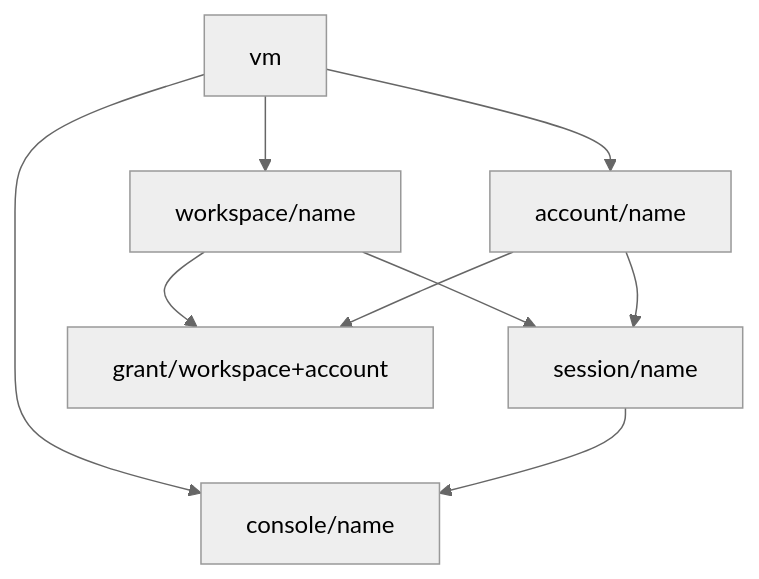
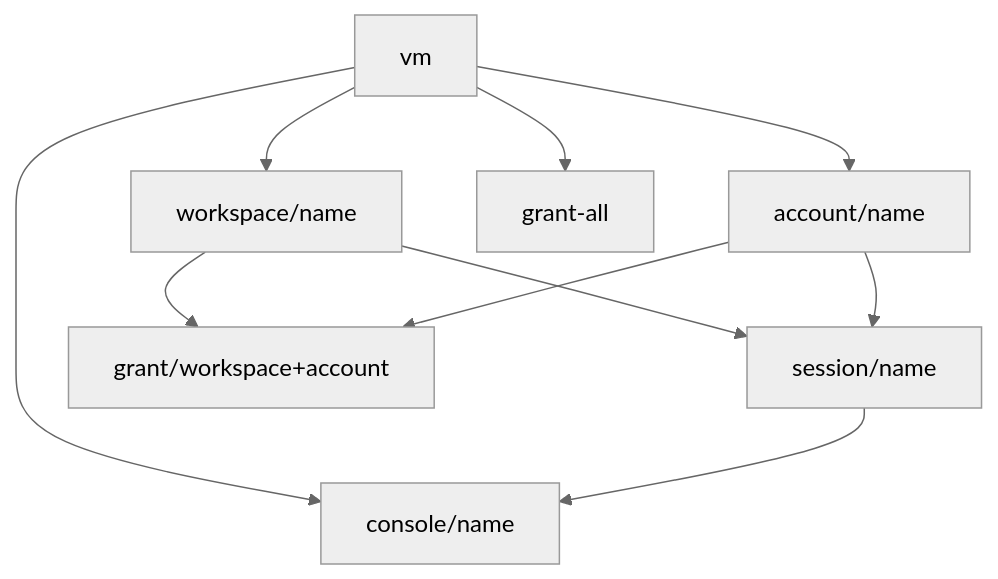
The diagram in docs/sdd/2026-11-22-native-lock-hierarchy/hla.md (WayfarerLabs/agentworks), drawn with Mermaid (neutral theme) before and after one commit. The commit also changed other lines of this file, not shown here.

````diff
--- a/docs/sdd/2026-11-22-native-lock-hierarchy/hla.md
+++ b/docs/sdd/2026-11-22-native-lock-hierarchy/hla.md
@@ -33,11 +33,12 @@
 ```mermaid
 graph TD
   VM[vm] --> WS[workspace/name]
   VM --> ACCT[account/name]
   VM --> CON[console/name]
   WS --> SESS[session/name]
   ACCT --> SESS
   WS --> GRANT[grant/workspace+account]
   ACCT --> GRANT
+  VM --> GALL[grant-all]
   SESS --> CON
 ```
````
